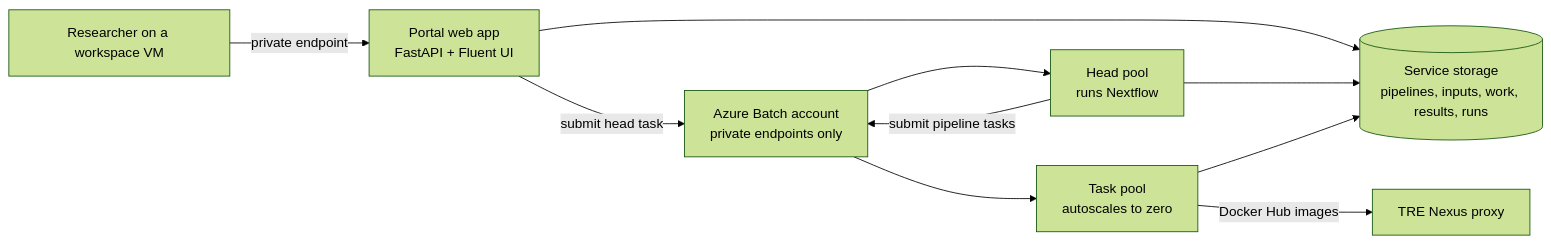
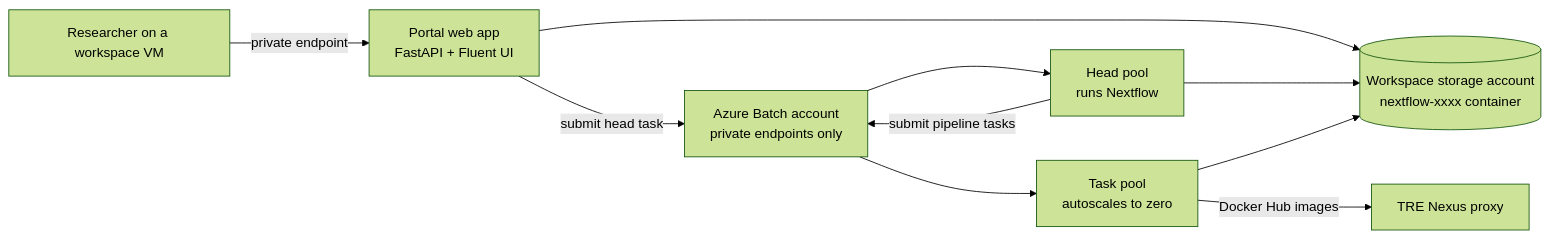
One commit to marrobi/AzureTRE changed the diagram in docs/tre-templates/workspace-services/nextflow.md. Above: the diagram before and after it, drawn with Mermaid (forest theme). The commit also changed other lines of this file and 17 other files, not shown here.

First line of the commit message:
Nextflow service: store files in the workspace storage account

````diff
--- a/docs/tre-templates/workspace-services/nextflow.md
+++ b/docs/tre-templates/workspace-services/nextflow.md
@@ -10,10 +10,10 @@
 ```mermaid
 flowchart LR
   U[Researcher on a workspace VM] -->|private endpoint| P[Portal web app<br/>FastAPI + Fluent UI]
   P -->|submit head task| B[Azure Batch account<br/>private endpoints only]
   B --> H[Head pool<br/>runs Nextflow]
   H -->|submit pipeline tasks| B
   B --> W[Task pool<br/>autoscales to zero]
-  P & H & W --> S[(Service storage<br/>pipelines, inputs, work, results, runs)]
+  P & H & W --> S[(Workspace storage account<br/>nextflow-xxxx container)]
   W -->|Docker Hub images| N[TRE Nexus proxy]
 ```
````
